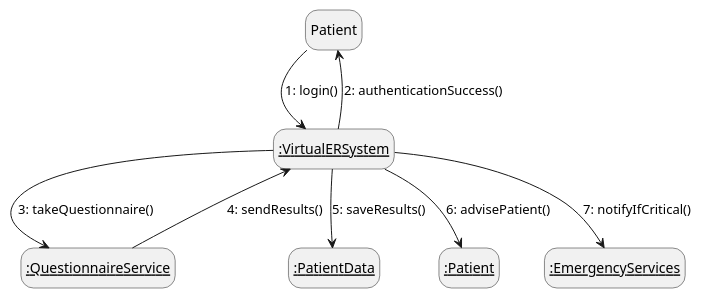
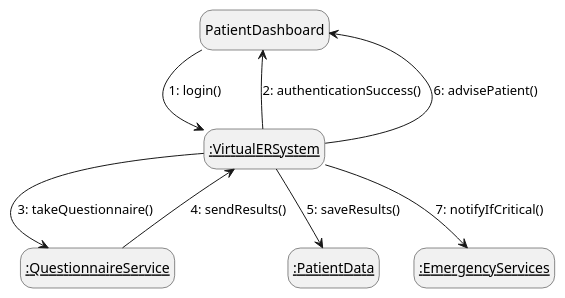
The diagram in milestone_2/Brandon_Diagrams/collaborationPatient.puml (SENG-350-2024-fall/Group2), drawn with PlantUML before and after one commit. The commit also changed 11 other files, not shown here.

```diff
--- a/milestone_2/Brandon_Diagrams/collaborationPatient.puml
+++ b/milestone_2/Brandon_Diagrams/collaborationPatient.puml
@@ -1,12 +1,12 @@
 @startuml collaborationPatient
 hide empty description
 
-Patient --> __:VirtualERSystem__  : 1: login()
-__:VirtualERSystem__ --> Patient: 2: authenticationSuccess()
+PatientDashboard --> __:VirtualERSystem__  : 1: login()
+__:VirtualERSystem__ --> PatientDashboard : 2: authenticationSuccess()
 __:VirtualERSystem__ --> __:QuestionnaireService__ : 3: takeQuestionnaire()
 __:QuestionnaireService__ --> __:VirtualERSystem__ : 4: sendResults()
 __:VirtualERSystem__ --> __:PatientData__ : 5: saveResults()
-__:VirtualERSystem__ --> __:Patient__ : 6: advisePatient()
+__:VirtualERSystem__ --> PatientDashboard : 6: advisePatient()
 __:VirtualERSystem__ --> __:EmergencyServices__ : 7: notifyIfCritical()
 
 @enduml
```
